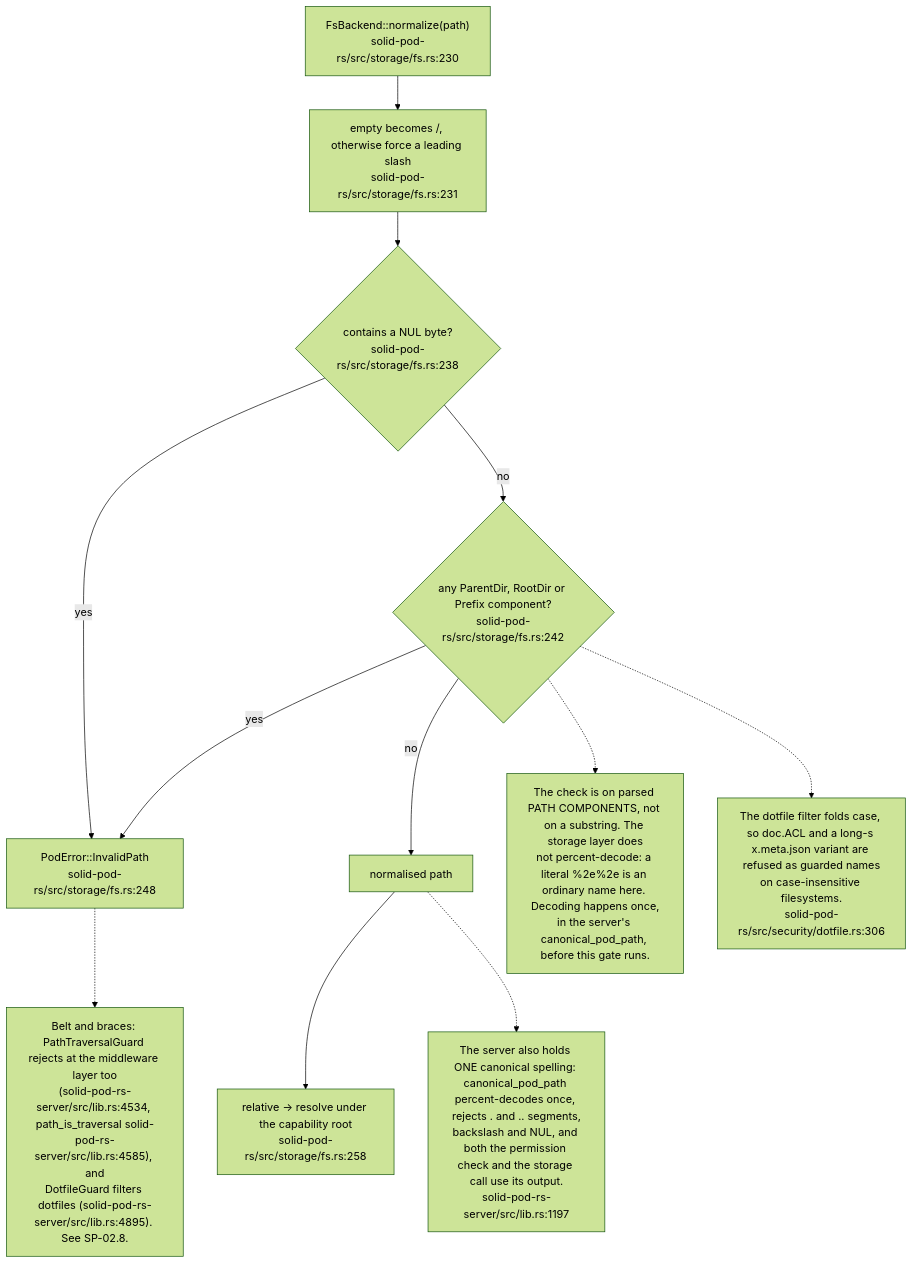
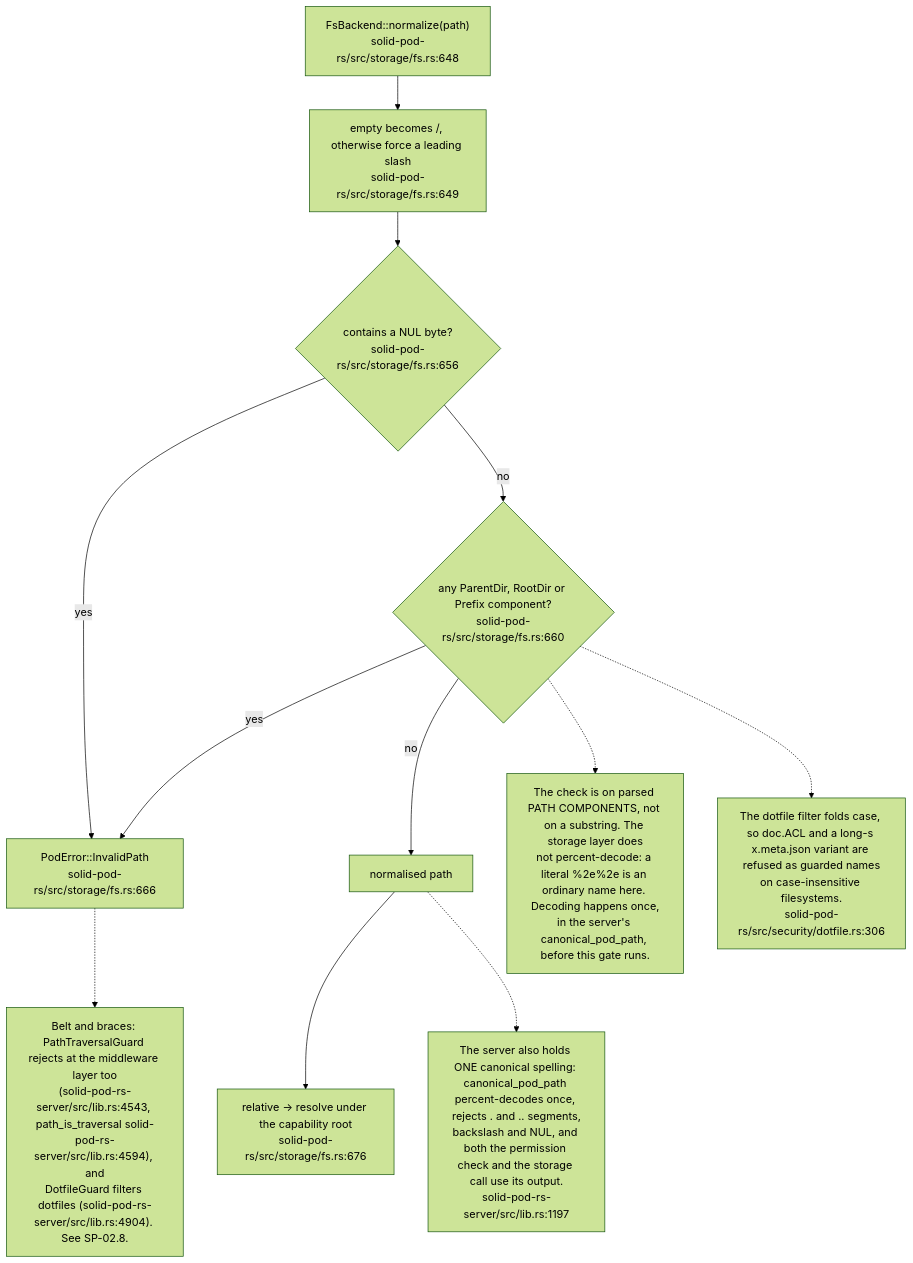
One commit to DreamLab-AI/VisionFlow changed the second of 13 diagrams in docs/diagrams/solid-pod-rs/06-storage-quota-and-git-pods.md. Above: the diagram before and after it, drawn with Mermaid (forest theme). The commit also changed other lines of this file and 3 other files, not shown here.

First line of the commit message:
docs(diagrams): solid-pod-rs pass B at solid-pod-rs b91de60 (#19, #20, #21)

````diff
--- a/docs/diagrams/solid-pod-rs/06-storage-quota-and-git-pods.md
+++ b/docs/diagrams/solid-pod-rs/06-storage-quota-and-git-pods.md
@@ -78,25 +79,25 @@
 ```mermaid
 flowchart TD
-    IN["FsBackend::normalize(path)<br/>solid-pod-rs/src/storage/fs.rs:230"]
-    LEAD["empty becomes /, otherwise force a leading slash<br/>solid-pod-rs/src/storage/fs.rs:231"]
-    NUL{"contains a NUL byte?<br/>solid-pod-rs/src/storage/fs.rs:238"}
-    COMP{"any ParentDir, RootDir or Prefix component?<br/>solid-pod-rs/src/storage/fs.rs:242"}
-    ERR["PodError::InvalidPath<br/>solid-pod-rs/src/storage/fs.rs:248"]
+    IN["FsBackend::normalize(path)<br/>solid-pod-rs/src/storage/fs.rs:648"]
+    LEAD["empty becomes /, otherwise force a leading slash<br/>solid-pod-rs/src/storage/fs.rs:649"]
+    NUL{"contains a NUL byte?<br/>solid-pod-rs/src/storage/fs.rs:656"}
+    COMP{"any ParentDir, RootDir or Prefix component?<br/>solid-pod-rs/src/storage/fs.rs:660"}
+    ERR["PodError::InvalidPath<br/>solid-pod-rs/src/storage/fs.rs:666"]
     OK["normalised path"]
-    REL["relative -> resolve under the capability root<br/>solid-pod-rs/src/storage/fs.rs:258"]
+    REL["relative -> resolve under the capability root<br/>solid-pod-rs/src/storage/fs.rs:676"]
 
     IN --> LEAD --> NUL
     NUL -- yes --> ERR
     NUL -- no --> COMP
     COMP -- yes --> ERR
     COMP -- no --> OK --> REL
 
     N["The check is on parsed PATH COMPONENTS, not on a substring. The storage layer does<br/>not percent-decode: a literal %2e%2e is an ordinary name here. Decoding happens once,<br/>in the server's canonical_pod_path, before this gate runs."]
     COMP -.-> N
-    N2["Belt and braces: PathTraversalGuard rejects at the middleware layer too<br/>(solid-pod-rs-server/src/lib.rs:4534, path_is_traversal solid-pod-rs-server/src/lib.rs:4585), and<br/>DotfileGuard filters dotfiles (solid-pod-rs-server/src/lib.rs:4895). See SP-02.8."]
+    N2["Belt and braces: PathTraversalGuard rejects at the middleware layer too<br/>(solid-pod-rs-server/src/lib.rs:4543, path_is_traversal solid-pod-rs-server/src/lib.rs:4594), and<br/>DotfileGuard filters dotfiles (solid-pod-rs-server/src/lib.rs:4904). See SP-02.8."]
     ERR -.-> N2
     N3["The server also holds ONE canonical spelling: canonical_pod_path percent-decodes once, rejects . and .. segments,<br/>backslash and NUL, and both the permission check and the storage call use its output.<br/>solid-pod-rs-server/src/lib.rs:1197"]
     N4["The dotfile filter folds case, so doc.ACL and a long-s x.meta.json variant are refused as guarded names<br/>on case-insensitive filesystems.<br/>solid-pod-rs/src/security/dotfile.rs:306"]
     OK -.-> N3
     COMP -.-> N4
 ```
````
